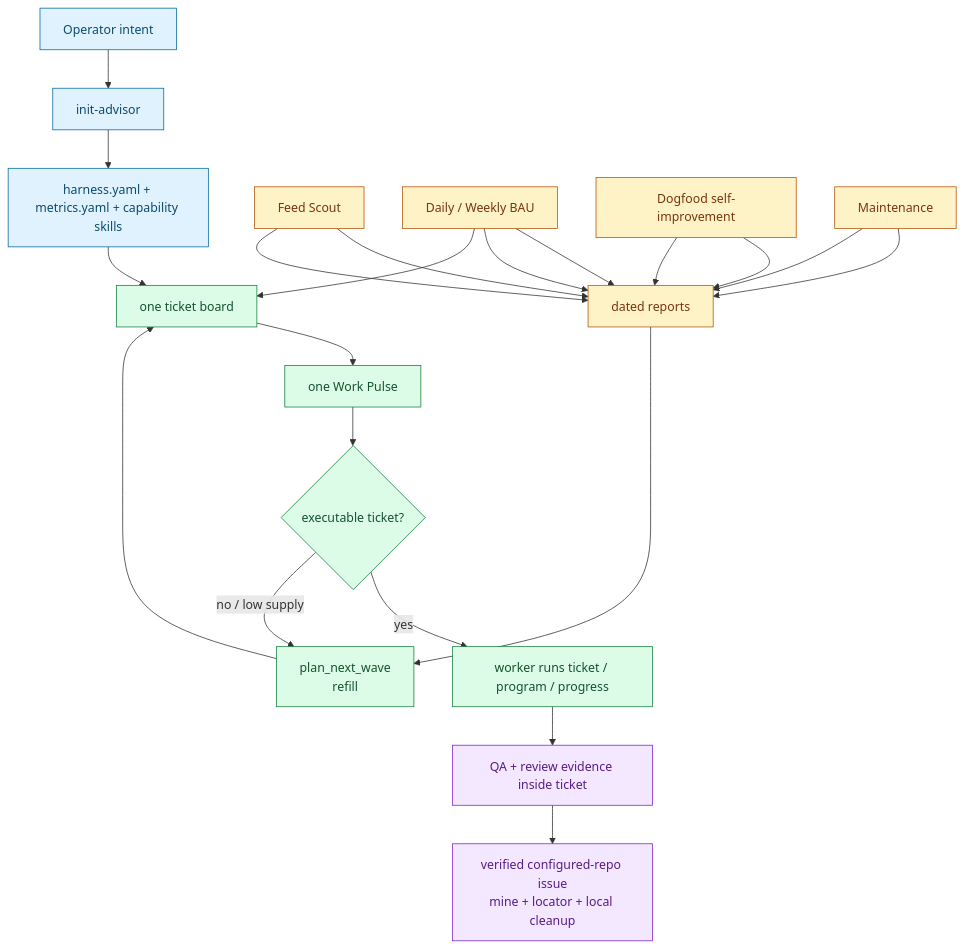
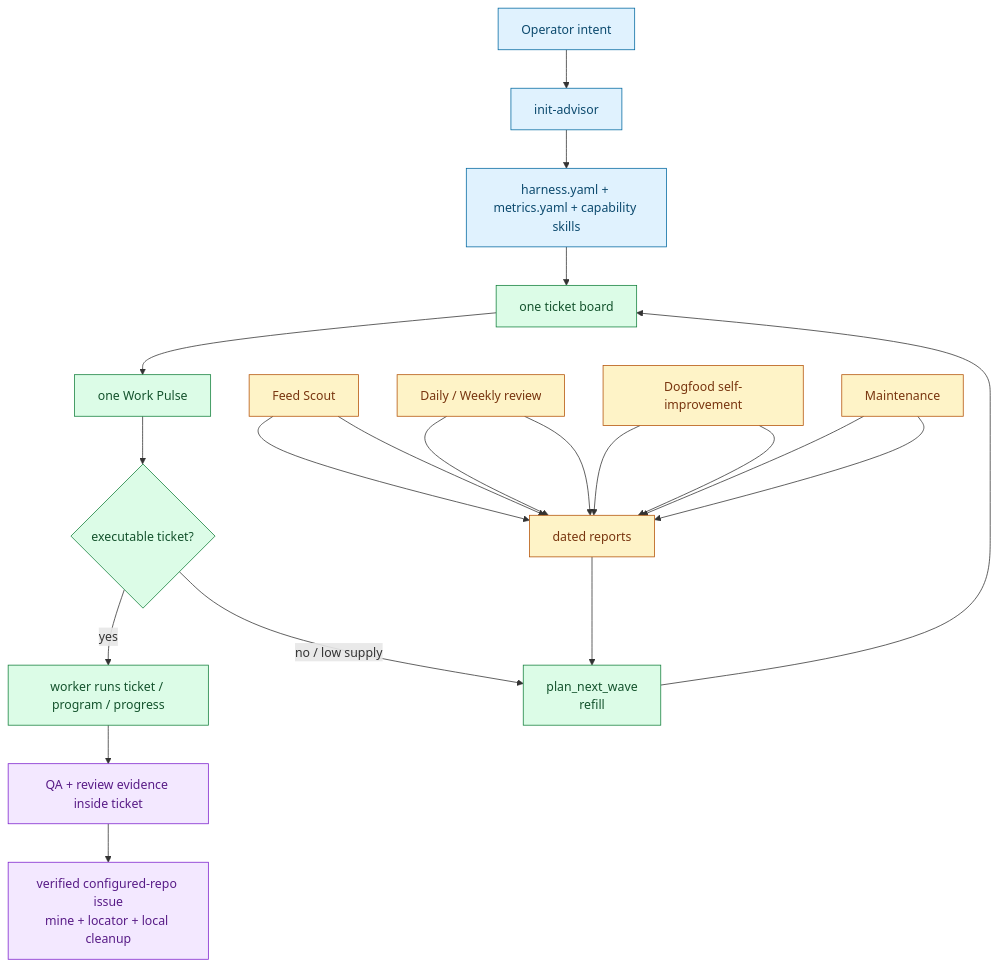
One commit to ZanarkandTechnologies/Farplane changed the diagram in docs/farplane-framework/lifecycle.md. Above: the diagram before and after it, drawn with Mermaid. The commit also changed other lines of this file and 114 other files, not shown here.

````diff
--- a/docs/farplane-framework/lifecycle.md
+++ b/docs/farplane-framework/lifecycle.md
@@ -70,29 +72,28 @@
 ```mermaid
 flowchart TD
   classDef program fill:#e0f2fe,stroke:#0369a1,color:#0c4a6e
   classDef work fill:#dcfce7,stroke:#15803d,color:#14532d
   classDef source fill:#fef3c7,stroke:#b45309,color:#78350f
   classDef proof fill:#f3e8ff,stroke:#7e22ce,color:#581c87
 
   A["Operator intent"]:::program --> B["init-advisor"]:::program
   B --> C["harness.yaml + metrics.yaml + capability skills"]:::program
   C --> D["one ticket board"]:::work
   D --> E["one Work Pulse"]:::work
   E --> F{"executable ticket?"}:::work
   F -->|yes| G["worker runs ticket / program / progress"]:::work
   F -->|no / low supply| H["plan_next_wave<br/>refill"]:::work
   H --> D
   G --> I["QA + review evidence inside ticket"]:::proof
   I --> J["verified configured-repo issue<br/>mine + locator + local cleanup"]:::proof
 
   K["Feed Scout"]:::source --> O
-  L["Daily / Weekly BAU"]:::source --> O
+  L["Daily / Weekly review"]:::source --> O
   M["Dogfood self-improvement"]:::source --> O
   N["Maintenance"]:::source --> O
   K --> O["dated reports"]:::source
   L --> O
   M --> O
   N --> O
-  L --> D
   O --> H
 ```
````
